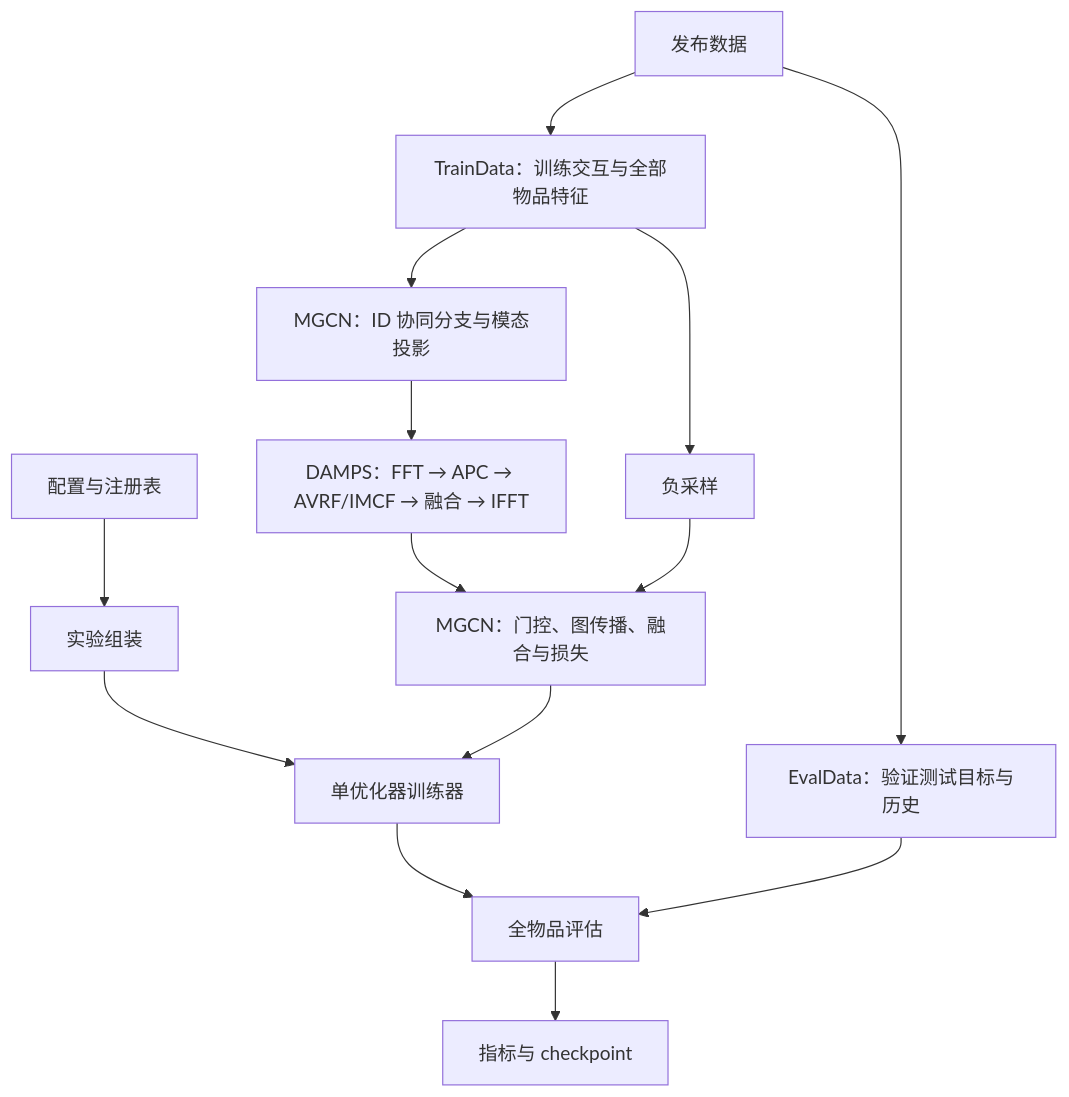
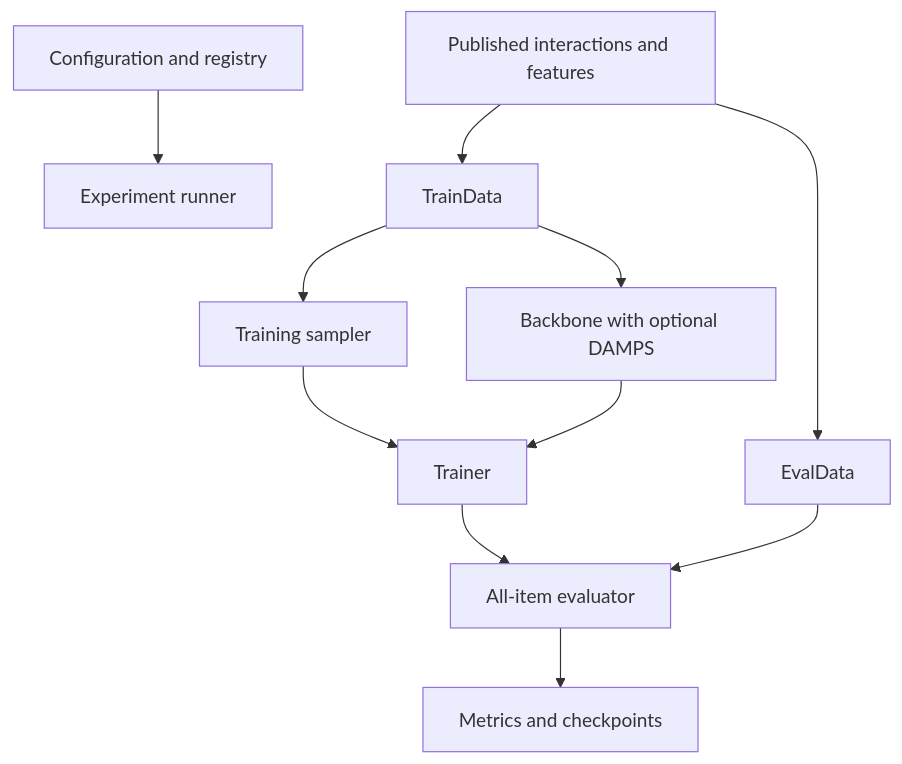
One commit to ustc-mkh/COMP5331 changed the diagram in docs/architecture.md. Above: the diagram before and after it, drawn with Mermaid. The commit also changed other lines of this file and 66 other files, not shown here.

````diff
--- a/docs/architecture.md
+++ b/docs/architecture.md
@@ -7,16 +7,13 @@
 ```mermaid
 flowchart TD
-    C[配置与注册表] --> R[实验组装]
-    D[发布数据] --> T[TrainData：训练交互与全部物品特征]
-    D --> E[EvalData：验证测试目标与历史]
-    T --> S[负采样]
-    T --> M[MGCN：ID 协同分支与模态投影]
-    M --> P[DAMPS：FFT → APC → AVRF/IMCF → 融合 → IFFT]
-    P --> G[MGCN：门控、图传播、融合与损失]
-    S --> G
-    R --> F[单优化器训练器]
-    G --> F
-    F --> V[全物品评估]
+    C[Configuration and registry] --> R[Experiment runner]
+    D[Published interactions and features] --> T[TrainData]
+    D --> E[EvalData]
+    T --> S[Training sampler]
+    T --> M[Backbone with optional DAMPS]
+    S --> F[Trainer]
+    M --> F
+    F --> V[All-item evaluator]
     E --> V
-    V --> O[指标与 checkpoint]
+    V --> O[Metrics and checkpoints]
 ```
````
